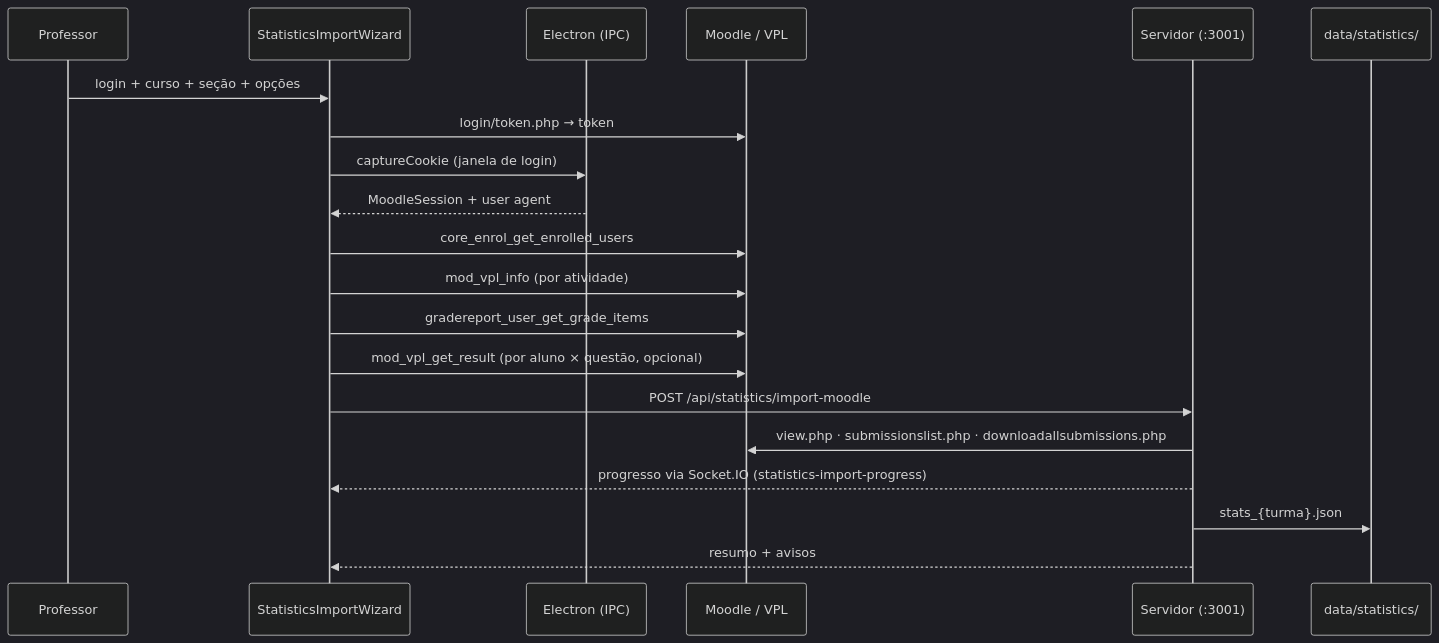
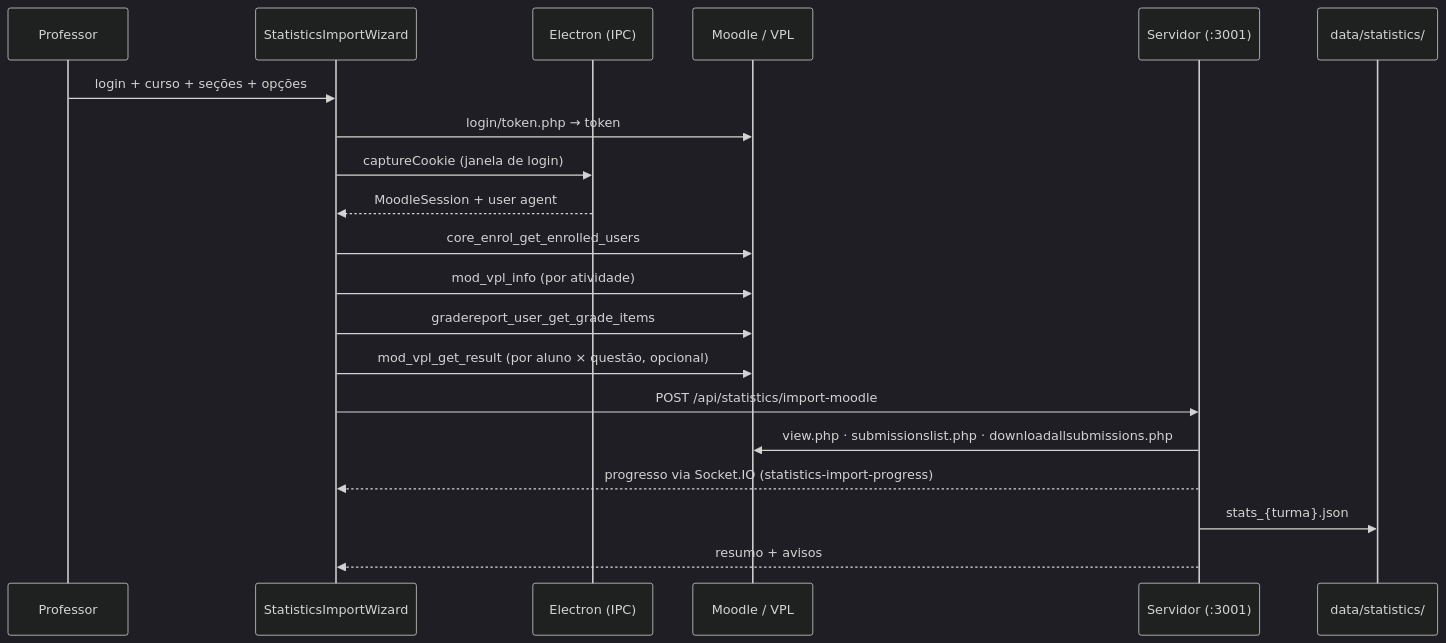
One commit to RuanPS01/cpp-review-app changed the diagram in docs/estatisticas.md. Above: the diagram before and after it, drawn with Mermaid (dark theme). The commit also changed other lines of this file and 10 other files, not shown here.

First line of the commit message:
feat: permite importar várias seções do curso em uma única turma

````diff
--- a/docs/estatisticas.md
+++ b/docs/estatisticas.md
@@ -11,23 +11,23 @@
 ```mermaid
 sequenceDiagram
     participant U as Professor
     participant W as StatisticsImportWizard
     participant E as Electron (IPC)
     participant M as Moodle / VPL
     participant S as Servidor (:3001)
     participant D as data/statistics/
 
-    U->>W: login + curso + seção + opções
+    U->>W: login + curso + seções + opções
     W->>M: login/token.php → token
     W->>E: captureCookie (janela de login)
     E-->>W: MoodleSession + user agent
     W->>M: core_enrol_get_enrolled_users
     W->>M: mod_vpl_info (por atividade)
     W->>M: gradereport_user_get_grade_items
     W->>M: mod_vpl_get_result (por aluno × questão, opcional)
     W->>S: POST /api/statistics/import-moodle
     S->>M: view.php · submissionslist.php · downloadallsubmissions.php
     S-->>W: progresso via Socket.IO (statistics-import-progress)
     S->>D: stats_{turma}.json
     S-->>W: resumo + avisos
 ```
````
